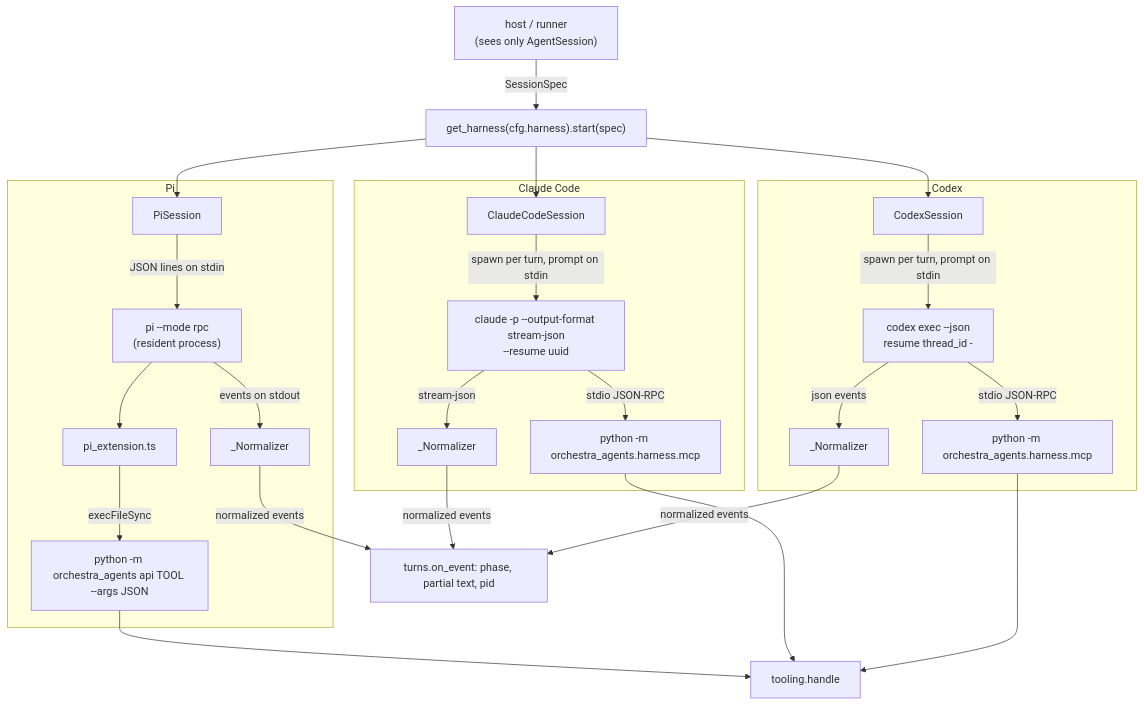
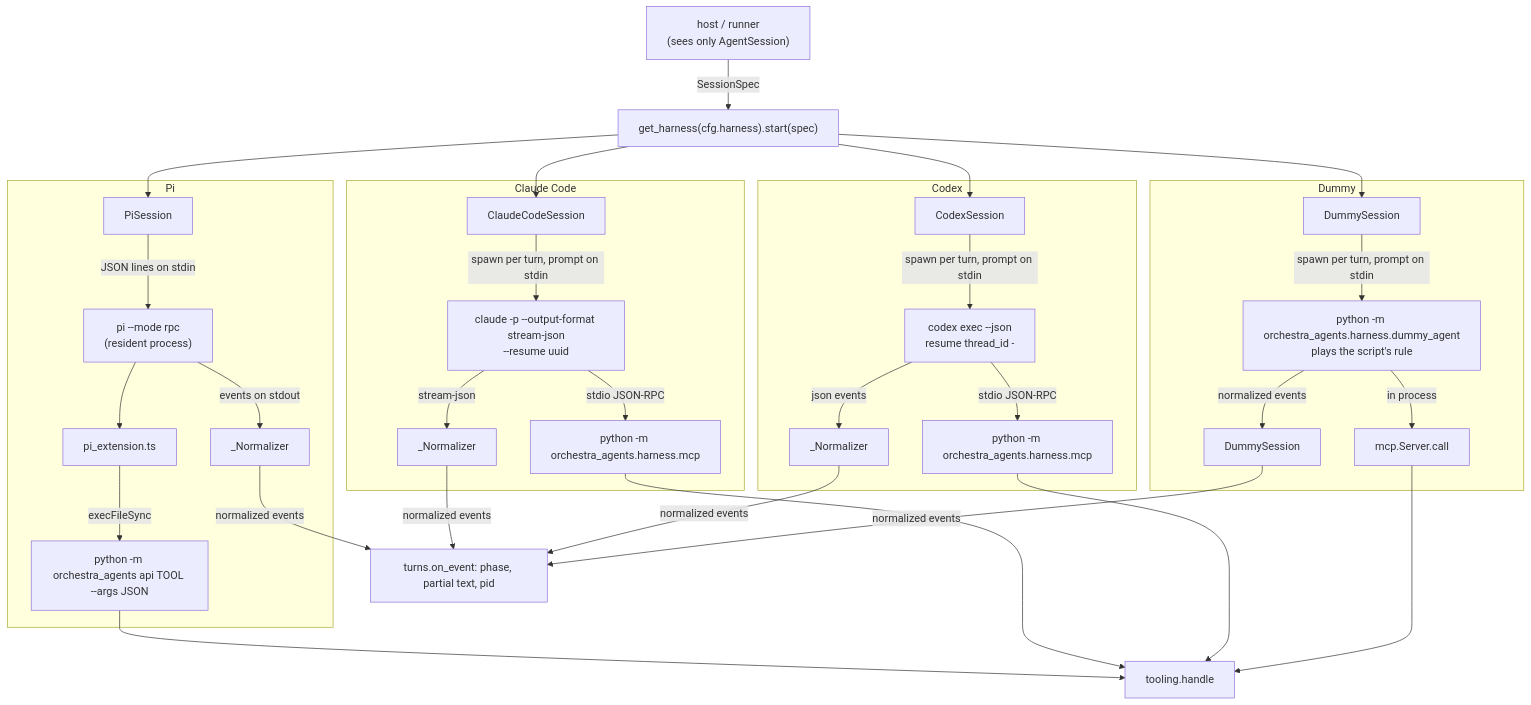
The third of 5 diagrams in ARCHITECTURE.md (danroblewis/orchestra-agents), drawn with Mermaid before and after one commit. The commit also changed other lines of this file and 17 other files, not shown here.

````diff
--- a/ARCHITECTURE.md
+++ b/ARCHITECTURE.md
@@ -392,29 +395,36 @@
 ```mermaid
 flowchart TB
   HOST["host / runner<br/>(sees only AgentSession)"] -->|SessionSpec| START["get_harness(cfg.harness).start(spec)"]
 
   subgraph PI["Pi"]
     PIS[PiSession] -->|JSON lines on stdin| PIP["pi --mode rpc<br/>(resident process)"]
     PIP -->|events on stdout| PIN[_Normalizer]
     PIP --> EXT[pi_extension.ts]
     EXT -->|execFileSync| APICLI["python -m orchestra_agents api TOOL --args JSON"]
   end
 
   subgraph CC["Claude Code"]
     CCS[ClaudeCodeSession] -->|spawn per turn, prompt on stdin| CCP["claude -p --output-format stream-json<br/>--resume uuid"]
     CCP -->|stream-json| CCN[_Normalizer]
     CCP -->|stdio JSON-RPC| MCP1["python -m orchestra_agents.harness.mcp"]
   end
 
   subgraph CX["Codex"]
     CXS[CodexSession] -->|spawn per turn, prompt on stdin| CXP["codex exec --json<br/>resume thread_id -"]
     CXP -->|json events| CXN[_Normalizer]
     CXP -->|stdio JSON-RPC| MCP2["python -m orchestra_agents.harness.mcp"]
   end
 
-  START --> PIS & CCS & CXS
-  PIN & CCN & CXN -->|normalized events| ONEV["turns.on_event: phase, partial text, pid"]
+  subgraph DU["Dummy"]
+    DUS[DummySession] -->|spawn per turn, prompt on stdin| DUP["python -m orchestra_agents.harness.dummy_agent<br/>plays the script's rule"]
+    DUP -->|normalized events| DUN[DummySession]
+    DUP -->|in process| MCP3["mcp.Server.call"]
+  end
+
+  START --> PIS & CCS & CXS & DUS
+  PIN & CCN & CXN & DUN -->|normalized events| ONEV["turns.on_event: phase, partial text, pid"]
   APICLI --> HANDLE["tooling.handle"]
   MCP1 --> HANDLE
   MCP2 --> HANDLE
+  MCP3 --> HANDLE
 ```
````
